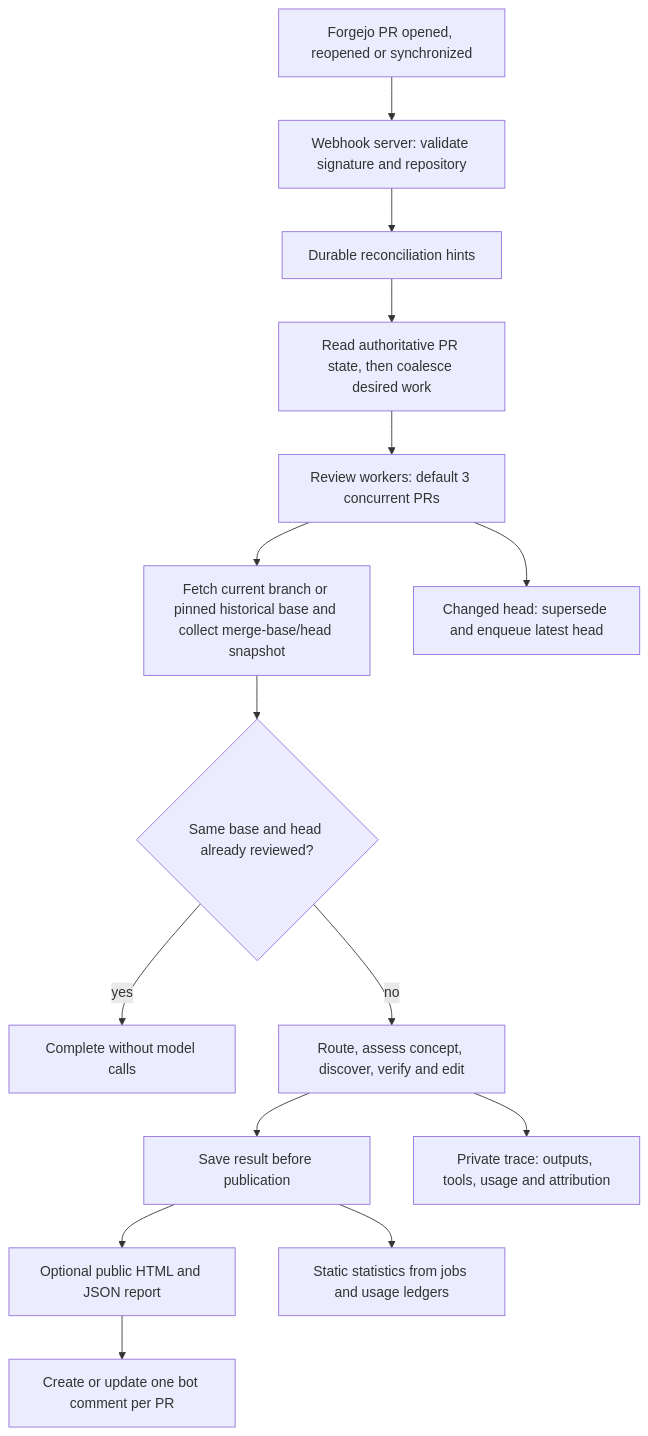
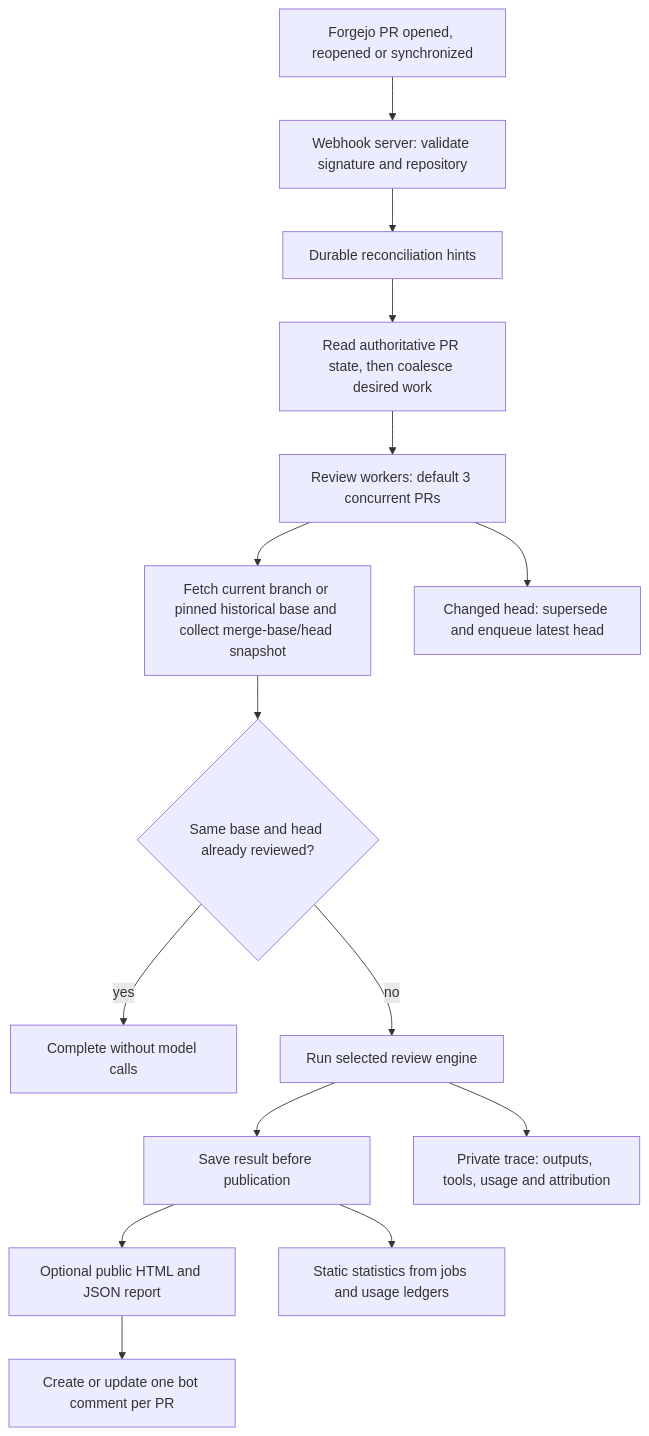
One commit to willcl-ark/nix changed the diagram in pkgs/ralph-service/README.md. Above: the diagram before and after it, drawn with Mermaid. The commit also changed other lines of this file and 8 other files, not shown here.

````diff
--- a/pkgs/ralph-service/README.md
+++ b/pkgs/ralph-service/README.md
@@ -75,17 +79,17 @@
 ```mermaid
 flowchart TD
     event["Forgejo PR opened, reopened or synchronized"] --> webhook["Webhook server: validate signature and repository"]
     webhook --> hints["Durable reconciliation hints"]
     hints --> queue["Read authoritative PR state, then coalesce desired work"]
     queue --> workers["Review workers: default 3 concurrent PRs"]
     workers --> collect["Fetch current branch or pinned historical base and collect merge-base/head snapshot"]
     collect --> existing{"Same base and head already reviewed?"}
     existing -->|yes| done["Complete without model calls"]
-    existing -->|no| pipeline["Route, assess concept, discover, verify and edit"]
+    existing -->|no| pipeline["Run selected review engine"]
     pipeline --> saved["Save result before publication"]
     saved --> report["Optional public HTML and JSON report"]
     report --> publish["Create or update one bot comment per PR"]
     pipeline --> trace["Private trace: outputs, tools, usage and attribution"]
     saved --> stats["Static statistics from jobs and usage ledgers"]
     workers --> stale["Changed head: supersede and enqueue latest head"]
 ```
````
